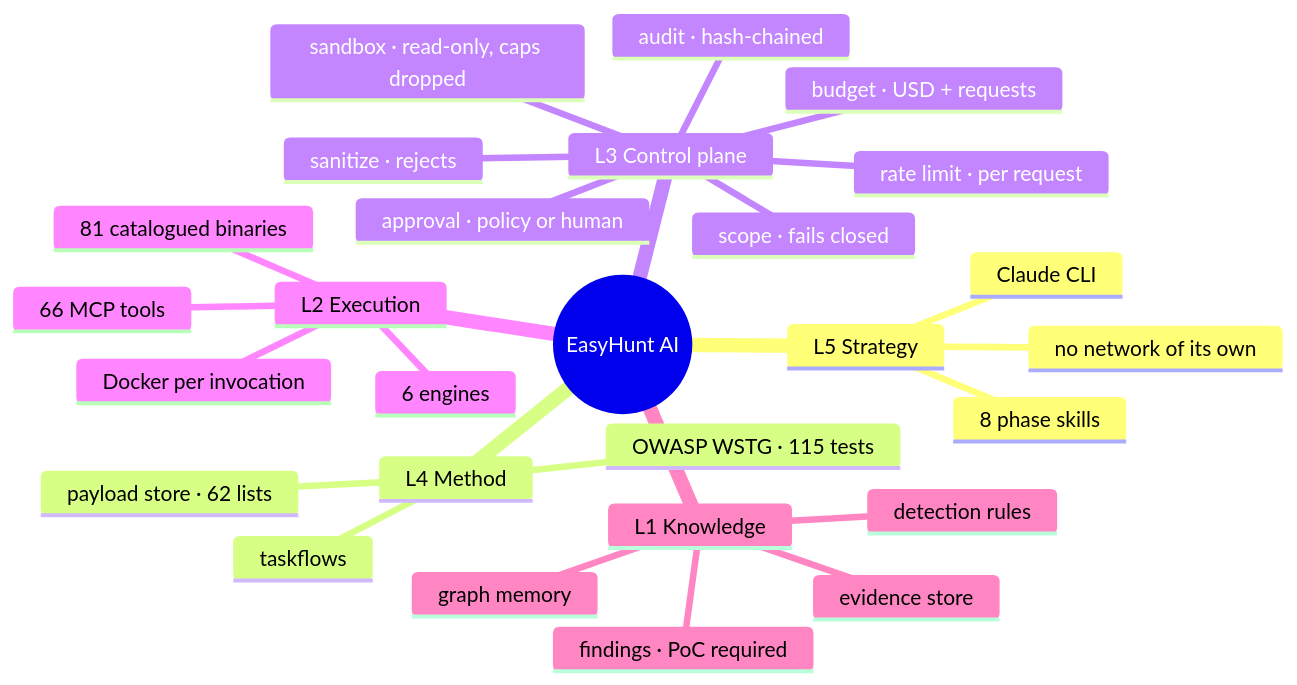
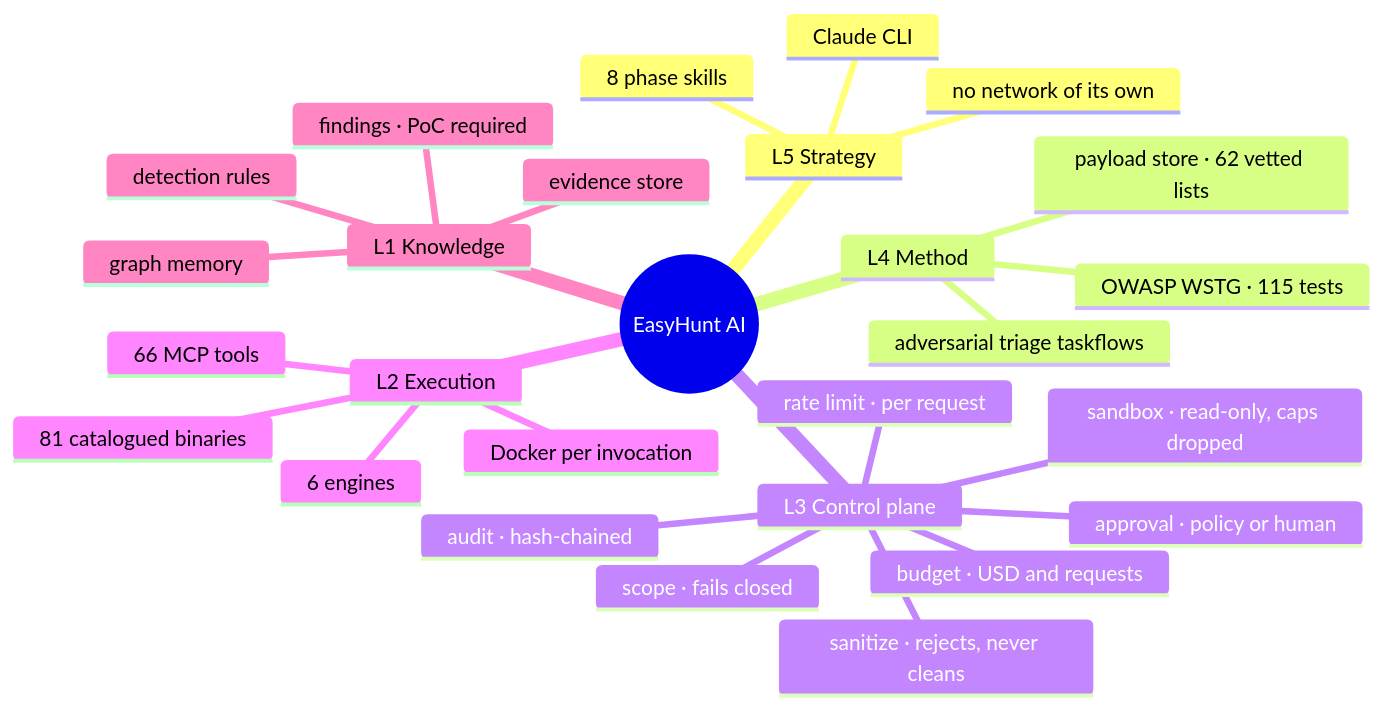
The second of 4 diagrams in README.md (iamsecure1920/Cordon-AI), drawn with Mermaid before and after one commit. The commit also changed other lines of this file and 1 other file, not shown here.

````diff
--- a/README.md
+++ b/README.md
@@ -46,30 +107,30 @@
 ```mermaid
 mindmap
   root((EasyHunt AI))
     L5 Strategy
       Claude CLI
       no network of its own
       8 phase skills
     L4 Method
       OWASP WSTG · 115 tests
-      taskflows
-      payload store · 62 lists
+      adversarial triage taskflows
+      payload store · 62 vetted lists
     L3 Control plane
       scope · fails closed
-      sanitize · rejects
-      budget · USD + requests
+      sanitize · rejects, never cleans
+      budget · USD and requests
       rate limit · per request
       approval · policy or human
       sandbox · read-only, caps dropped
       audit · hash-chained
     L2 Execution
       66 MCP tools
       81 catalogued binaries
       6 engines
       Docker per invocation
     L1 Knowledge
       findings · PoC required
       graph memory
       detection rules
       evidence store
 ```
````
